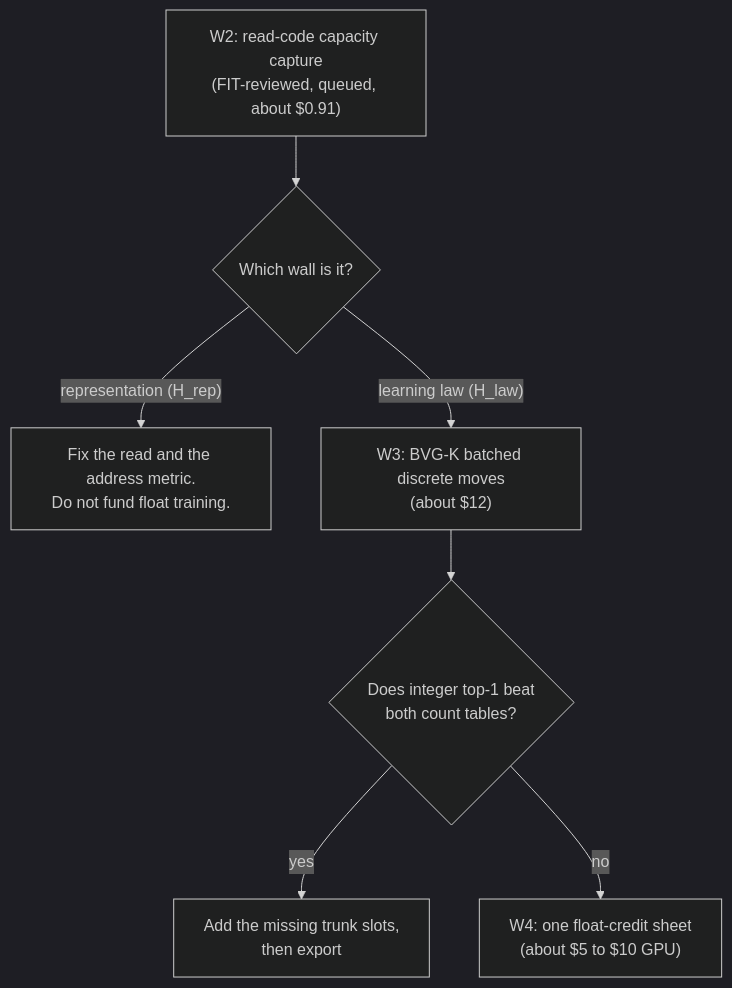
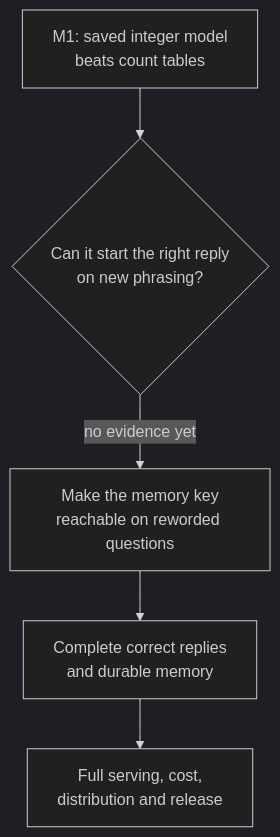
Before and after one commit to UOR-Foundation/uor-r4: the diagram in docs/research/open-questions.md, drawn with Mermaid (dark theme). The commit also changed other lines of this file and 49 other files, not shown here.

````diff
--- a/docs/research/open-questions.md
+++ b/docs/research/open-questions.md
@@ -5,9 +8,7 @@
 ```mermaid
 flowchart TD
-  W2["W2: read-code capacity capture<br/>(FIT-reviewed, queued, about $0.91)"] --> Q{"Which wall is it?"}
-  Q -- "representation (H_rep)" --> R["Fix the read and the address metric.<br/>Do not fund float training."]
-  Q -- "learning law (H_law)" --> W3["W3: BVG-K batched discrete moves<br/>(about $12)"]
-  W3 --> Q3{"Does integer top-1 beat<br/>both count tables?"}
-  Q3 -- yes --> NX["Add the missing trunk slots,<br/>then export"]
-  Q3 -- no --> W4["W4: one float-credit sheet<br/>(about $5 to $10 GPU)"]
+  A["M1: saved integer model<br/>beats count tables"] --> B{"Can it start the right reply<br/>on new phrasing?"}
+  B -- "no evidence yet" --> M["Make the memory key<br/>reachable on reworded questions"]
+  M --> R["Complete correct replies<br/>and durable memory"]
+  R --> S["Full serving, cost,<br/>distribution and release"]
 ```
````
